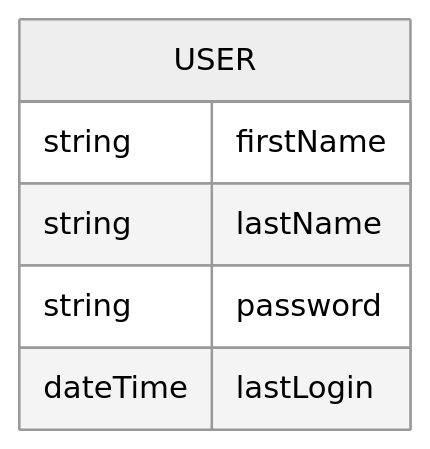
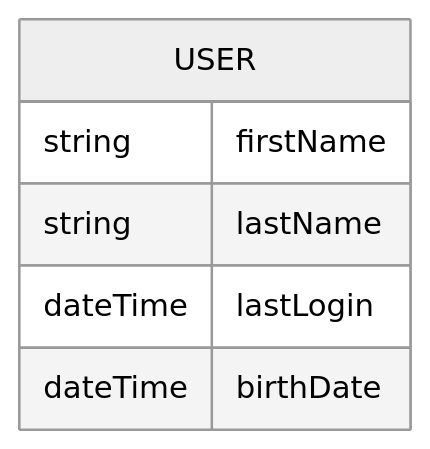
One commit to vanderbilt/php-training-samples changed the diagram in Explicit/dbase.md. Above: the diagram before and after it, drawn with Mermaid (neutral theme). The commit also changed 2 other files, not shown here.

Commit message:
Add examples of returning null from a method that should return a value.  Remove password from User sample.

````diff
--- a/Explicit/dbase.md
+++ b/Explicit/dbase.md
@@ -1,9 +1,9 @@
 ```mermaid
 erDiagram
     USER {
         string firstName
         string lastName
-        string password
         dateTime lastLogin
+        dateTime birthDate
     }
 ```
````
